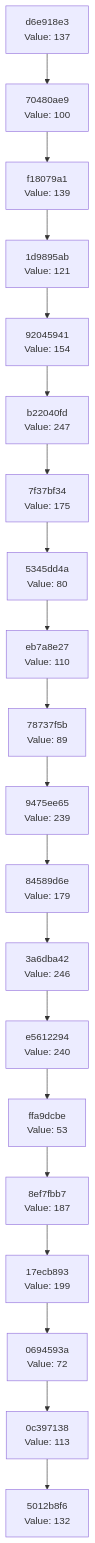
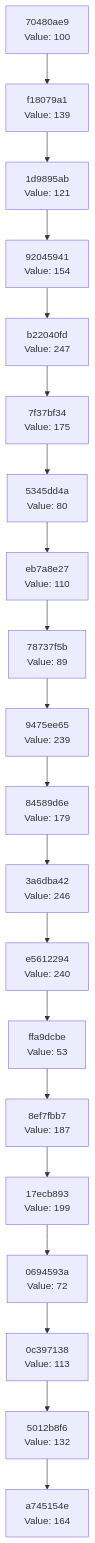
The diagram in docs/CHAIN_VISUALIZATION.md (Abhisheksinha1506/hash-chain-evolver), drawn with Mermaid before and after one commit. The commit also changed 2 other files, not shown here.

Commit message:
Evolution Step

````diff
--- a/docs/CHAIN_VISUALIZATION.md
+++ b/docs/CHAIN_VISUALIZATION.md
@@ -3,42 +3,42 @@
 ```mermaid
 graph TD
-    C0["5012b8f6<br/>Value: 132"]
-    C1["0c397138<br/>Value: 113"]
+    C0["a745154e<br/>Value: 164"]
+    C1["5012b8f6<br/>Value: 132"]
     C1 --> C0
-    C2["0694593a<br/>Value: 72"]
+    C2["0c397138<br/>Value: 113"]
     C2 --> C1
-    C3["17ecb893<br/>Value: 199"]
+    C3["0694593a<br/>Value: 72"]
     C3 --> C2
-    C4["8ef7fbb7<br/>Value: 187"]
+    C4["17ecb893<br/>Value: 199"]
     C4 --> C3
-    C5["ffa9dcbe<br/>Value: 53"]
+    C5["8ef7fbb7<br/>Value: 187"]
     C5 --> C4
-    C6["e5612294<br/>Value: 240"]
+    C6["ffa9dcbe<br/>Value: 53"]
     C6 --> C5
-    C7["3a6dba42<br/>Value: 246"]
+    C7["e5612294<br/>Value: 240"]
     C7 --> C6
-    C8["84589d6e<br/>Value: 179"]
+    C8["3a6dba42<br/>Value: 246"]
     C8 --> C7
-    C9["9475ee65<br/>Value: 239"]
+    C9["84589d6e<br/>Value: 179"]
     C9 --> C8
-    C10["78737f5b<br/>Value: 89"]
+    C10["9475ee65<br/>Value: 239"]
     C10 --> C9
-    C11["eb7a8e27<br/>Value: 110"]
+    C11["78737f5b<br/>Value: 89"]
     C11 --> C10
-    C12["5345dd4a<br/>Value: 80"]
+    C12["eb7a8e27<br/>Value: 110"]
     C12 --> C11
-    C13["7f37bf34<br/>Value: 175"]
+    C13["5345dd4a<br/>Value: 80"]
     C13 --> C12
-    C14["b22040fd<br/>Value: 247"]
+    C14["7f37bf34<br/>Value: 175"]
     C14 --> C13
-    C15["92045941<br/>Value: 154"]
+    C15["b22040fd<br/>Value: 247"]
     C15 --> C14
-    C16["1d9895ab<br/>Value: 121"]
+    C16["92045941<br/>Value: 154"]
     C16 --> C15
-    C17["f18079a1<br/>Value: 139"]
+    C17["1d9895ab<br/>Value: 121"]
     C17 --> C16
-    C18["70480ae9<br/>Value: 100"]
+    C18["f18079a1<br/>Value: 139"]
     C18 --> C17
-    C19["d6e918e3<br/>Value: 137"]
+    C19["70480ae9<br/>Value: 100"]
     C19 --> C18
 ```
````
